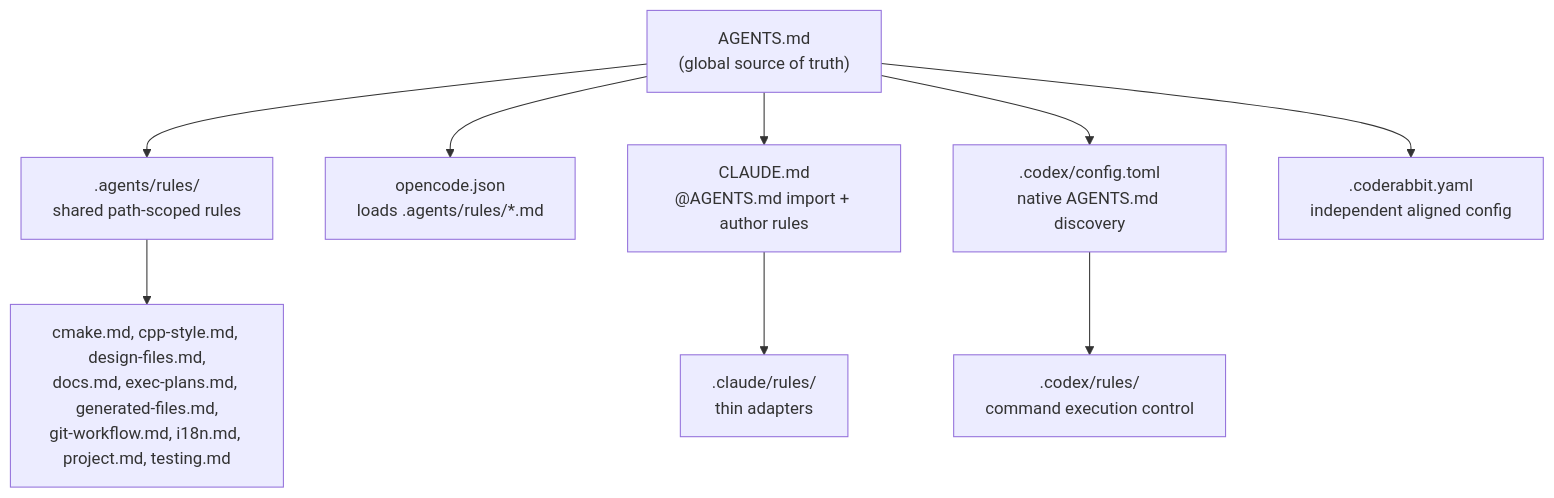
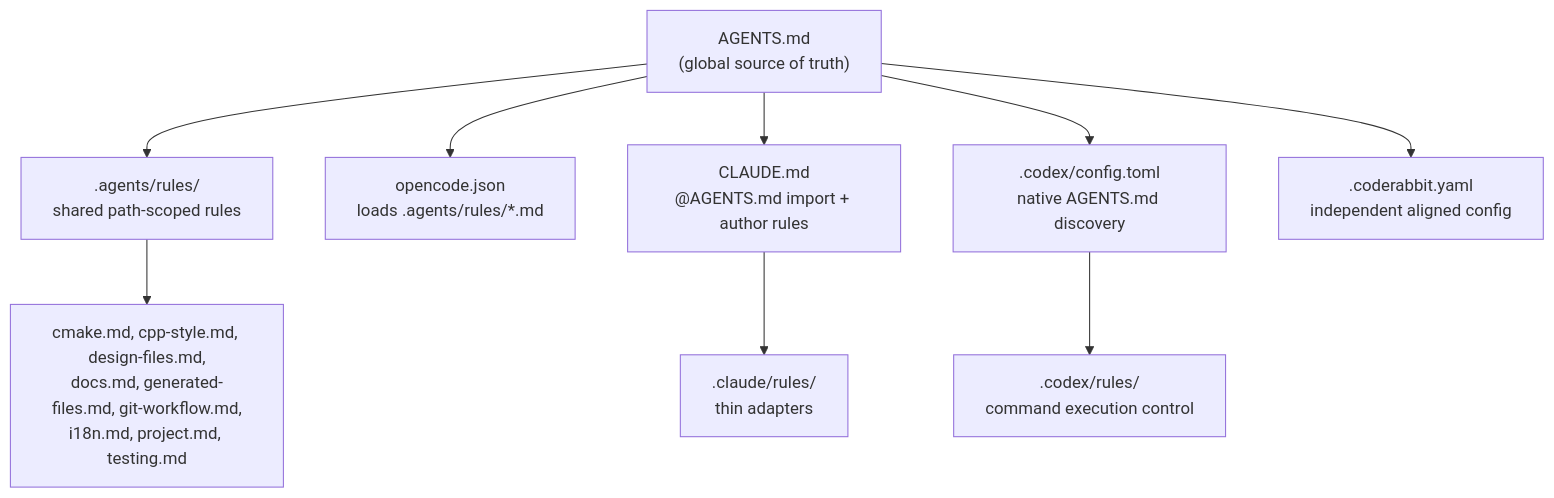
The diagram in docs/development/ai-agent-harness.md (LotusAndCompany/devtools), drawn with Mermaid before and after one commit. The commit also changed other lines of this file and 12 other files, not shown here.

````diff
--- a/docs/development/ai-agent-harness.md
+++ b/docs/development/ai-agent-harness.md
@@ -17,12 +17,12 @@
 ```mermaid
 flowchart TD
     agents["AGENTS.md<br/>(global source of truth)"]
     agents --> rules[".agents/rules/<br/>shared path-scoped rules"]
-    rules --> rule_files["cmake.md, cpp-style.md, design-files.md,<br/>docs.md, exec-plans.md, generated-files.md,<br/>git-workflow.md, i18n.md, project.md, testing.md"]
+    rules --> rule_files["cmake.md, cpp-style.md, design-files.md,<br/>docs.md, generated-files.md, git-workflow.md,<br/>i18n.md, project.md, testing.md"]
     agents --> opencode["opencode.json<br/>loads .agents/rules/*.md"]
     agents --> claude["CLAUDE.md<br/>@AGENTS.md import + author rules"]
     claude --> claude_rules[".claude/rules/<br/>thin adapters"]
     agents --> codex[".codex/config.toml<br/>native AGENTS.md discovery"]
     codex --> codex_rules[".codex/rules/<br/>command execution control"]
     agents --> coderabbit[".coderabbit.yaml<br/>independent aligned config"]
 ```
````
